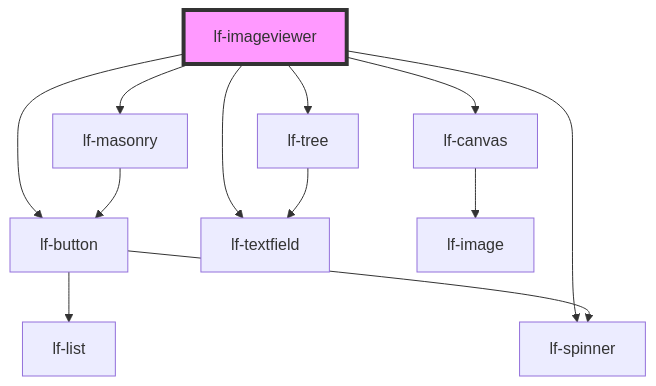
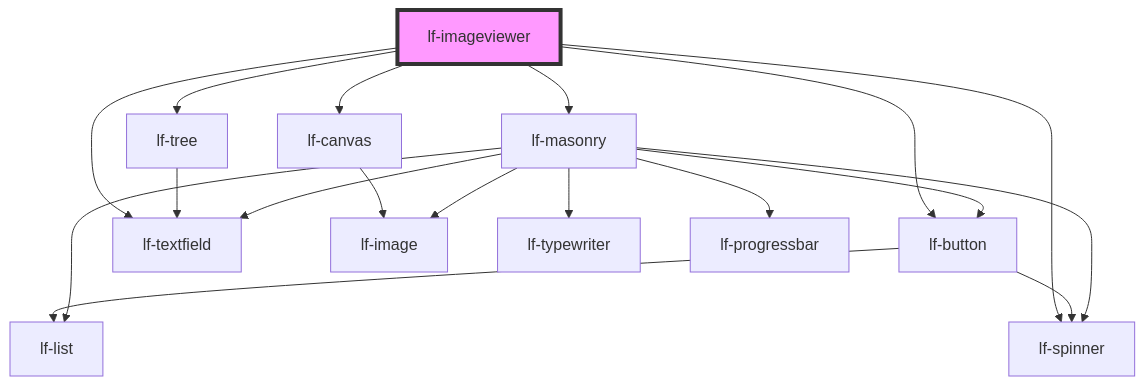
The diagram in packages/core/src/components/lf-imageviewer/readme.md (lucafoscili/lf-widgets), drawn with Mermaid before and after one commit. The commit also changed 31 other files, not shown here.

````diff
--- a/packages/core/src/components/lf-imageviewer/readme.md
+++ b/packages/core/src/components/lf-imageviewer/readme.md
@@ -194,15 +194,21 @@
 ```mermaid
 graph TD;
   lf-imageviewer --> lf-canvas
   lf-imageviewer --> lf-button
   lf-imageviewer --> lf-spinner
   lf-imageviewer --> lf-tree
   lf-imageviewer --> lf-masonry
   lf-imageviewer --> lf-textfield
   lf-canvas --> lf-image
   lf-button --> lf-list
   lf-button --> lf-spinner
   lf-tree --> lf-textfield
+  lf-masonry --> lf-list
+  lf-masonry --> lf-spinner
+  lf-masonry --> lf-image
   lf-masonry --> lf-button
+  lf-masonry --> lf-typewriter
+  lf-masonry --> lf-progressbar
+  lf-masonry --> lf-textfield
   style lf-imageviewer fill:#f9f,stroke:#333,stroke-width:4px
 ```
````
